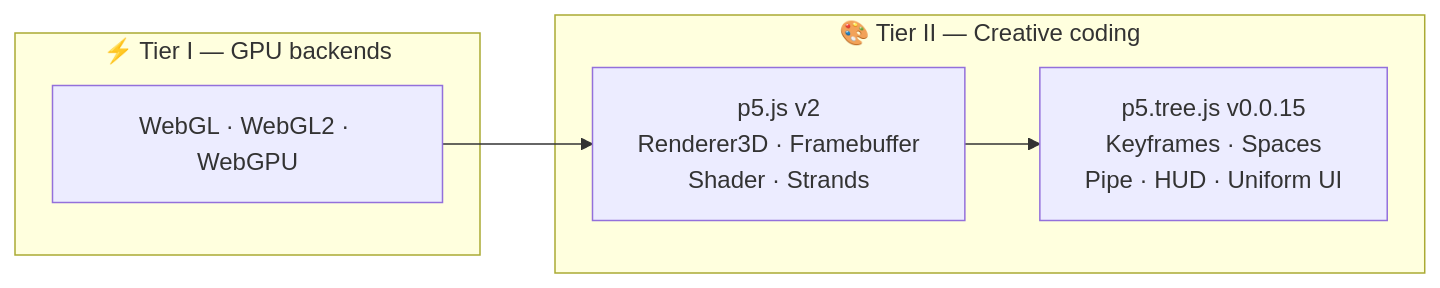
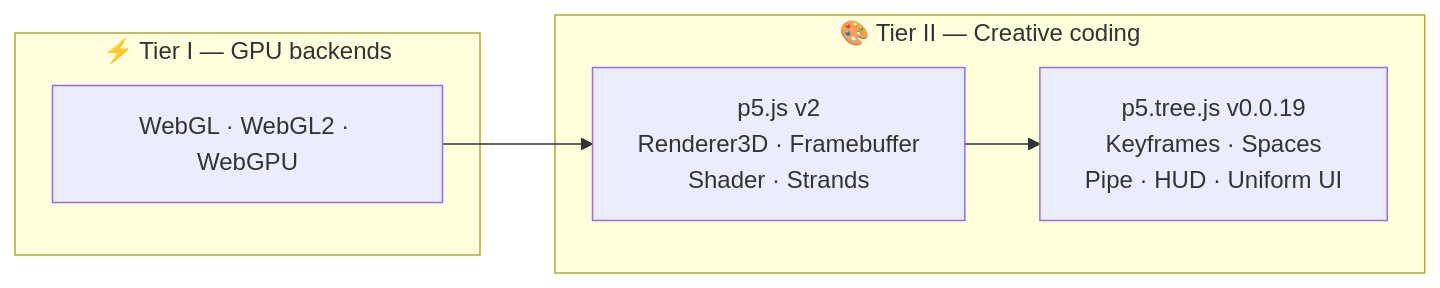
The fourth of 6 diagrams in slides.md (ABJ-d/tree), drawn with Mermaid before and after one commit. The commit also changed other lines of this file, not shown here.

````diff
--- a/slides.md
+++ b/slides.md
@@ -121,17 +121,17 @@
 ```mermaid
 flowchart LR
   subgraph T1["⚡ Tier I — GPU backends"]
     A["WebGL · WebGL2 · WebGPU"]
   end
 
   subgraph T2["🎨 Tier II — Creative coding"]
     B["p5.js v2
     Renderer3D · Framebuffer
     Shader · Strands"]
-    C["p5.tree.js v0.0.15
+    C["p5.tree.js v0.0.19
     Keyframes · Spaces
     Pipe · HUD · Uniform UI"]
   end
 
   A --> B --> C
 ```
````
